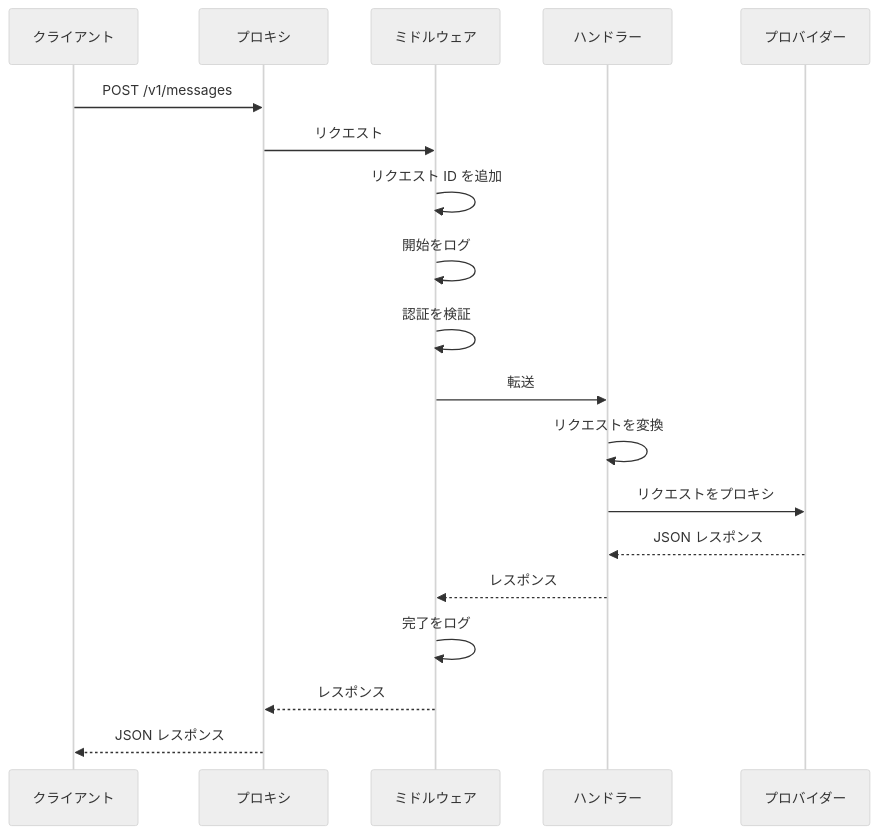
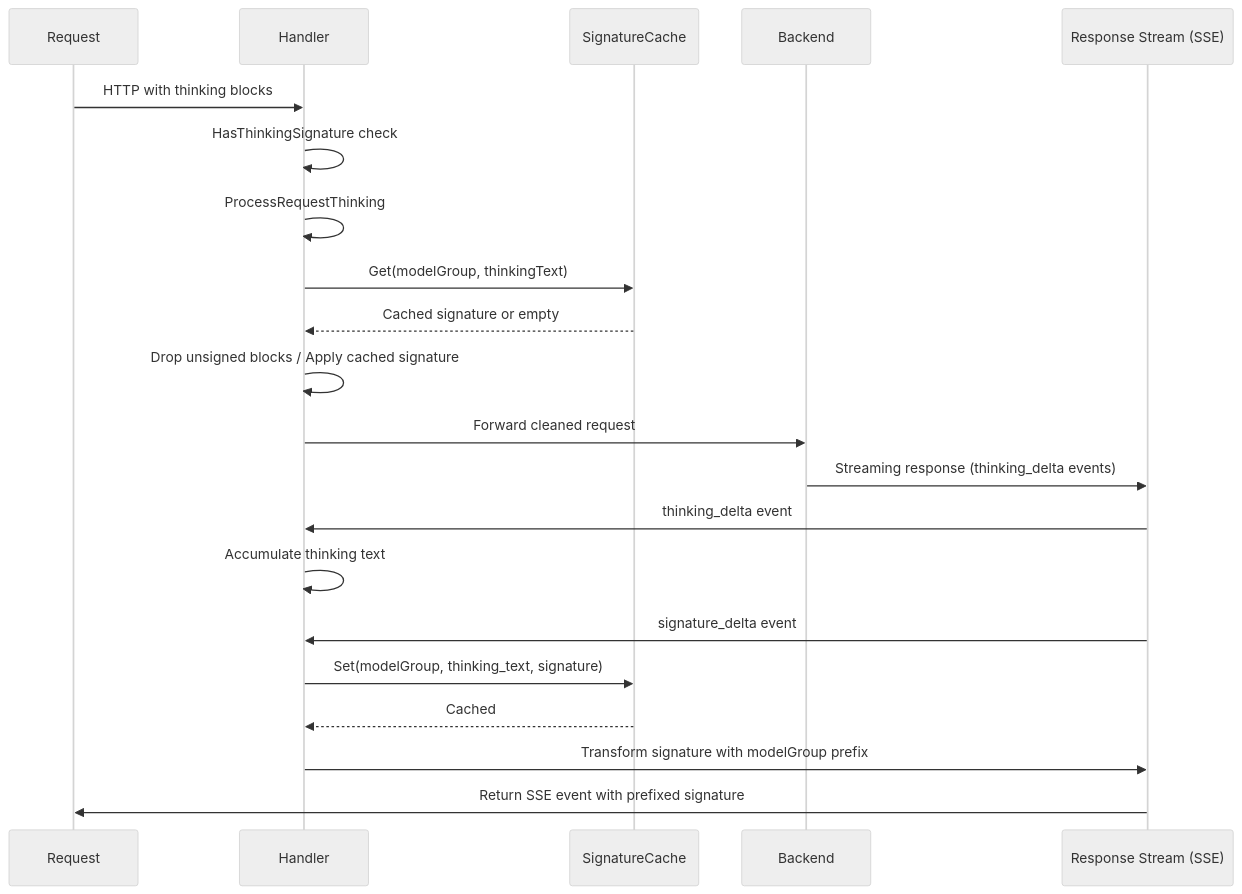
The third of 5 diagrams in docs-site/content/ja/docs/architecture.md (omarluq/cc-relay), drawn with Mermaid (neutral theme) before and after one commit. The commit also changed other lines of this file and 5 other files, not shown here.

First line of the commit message:
docs: rewrite architecture docs with multi-provider support

````diff
--- a/docs-site/content/ja/docs/architecture.md
+++ b/docs-site/content/ja/docs/architecture.md
@@ -182,22 +173,25 @@
 ```mermaid
 sequenceDiagram
-    participant Client as クライアント
-    participant Proxy as プロキシ
-    participant Middleware as ミドルウェア
-    participant Handler as ハンドラー
-    participant Provider as プロバイダー
+    participant Request
+    participant Handler
+    participant SignatureCache
+    participant Backend
+    participant ResponseStream as Response Stream (SSE)
 
-    Client->>Proxy: POST /v1/messages
-    Proxy->>Middleware: リクエスト
-    Middleware->>Middleware: リクエスト ID を追加
-    Middleware->>Middleware: 開始をログ
-    Middleware->>Middleware: 認証を検証
-    Middleware->>Handler: 転送
-    Handler->>Handler: リクエストを変換
-    Handler->>Provider: リクエストをプロキシ
-    Provider-->>Handler: JSON レスポンス
-    Handler-->>Middleware: レスポンス
-    Middleware->>Middleware: 完了をログ
-    Middleware-->>Proxy: レスポンス
-    Proxy-->>Client: JSON レスポンス
+    Request->>Handler: HTTP with thinking blocks
+    Handler->>Handler: HasThinkingSignature check
+    Handler->>Handler: ProcessRequestThinking
+    Handler->>SignatureCache: Get(modelGroup, thinkingText)
+    SignatureCache-->>Handler: Cached signature or empty
+    Handler->>Handler: Drop unsigned blocks / Apply cached signature
+    Handler->>Backend: Forward cleaned request
+
+    Backend->>ResponseStream: Streaming response (thinking_delta events)
+    ResponseStream->>Handler: thinking_delta event
+    Handler->>Handler: Accumulate thinking text
+    ResponseStream->>Handler: signature_delta event
+    Handler->>SignatureCache: Set(modelGroup, thinking_text, signature)
+    SignatureCache-->>Handler: Cached
+    Handler->>ResponseStream: Transform signature with modelGroup prefix
+    ResponseStream->>Request: Return SSE event with prefixed signature
 ```
````
